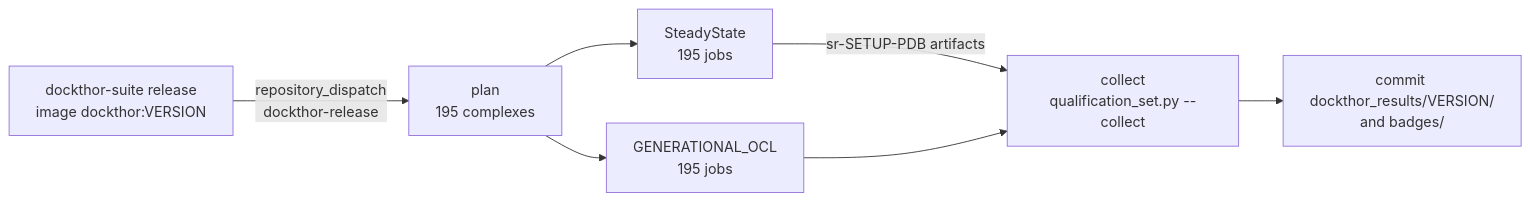
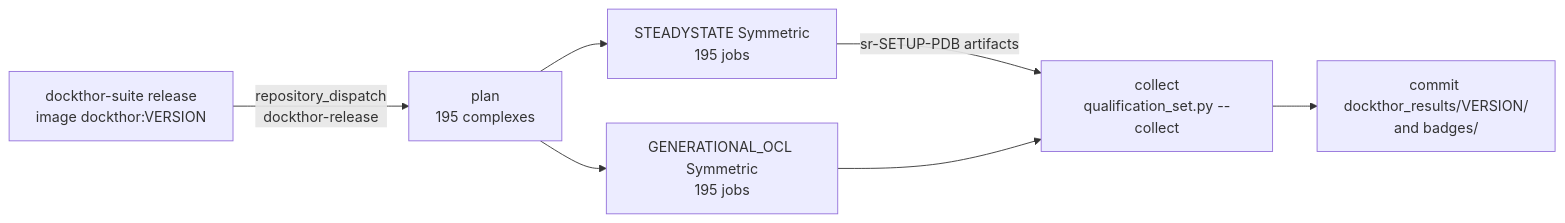
Before and after one commit to gmmsb-lncc/dockthor_coreset: the diagram in README.md, drawn with Mermaid. The commit also changed other lines of this file and 7 other files, not shown here.

````diff
--- a/README.md
+++ b/README.md
@@ -399,9 +399,9 @@
 ```mermaid
 flowchart LR
     R["dockthor-suite release<br/>image dockthor:VERSION"] -->|"repository_dispatch<br/>dockthor-release"| P["plan<br/>195 complexes"]
-    P --> S["SteadyState<br/>195 jobs"]
-    P --> O["GENERATIONAL_OCL<br/>195 jobs"]
+    P --> S["STEADYSTATE Symmetric<br/>195 jobs"]
+    P --> O["GENERATIONAL_OCL Symmetric<br/>195 jobs"]
     S -->|"sr-SETUP-PDB artifacts"| C["collect<br/>qualification_set.py --collect"]
     O --> C
     C --> D["commit dockthor_results/VERSION/<br/>and badges/"]
 ```
````
